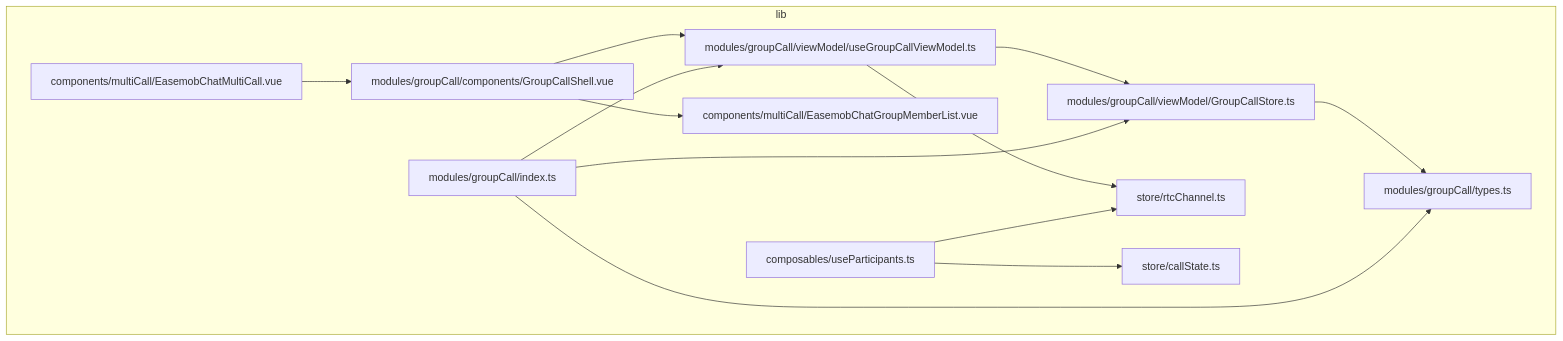
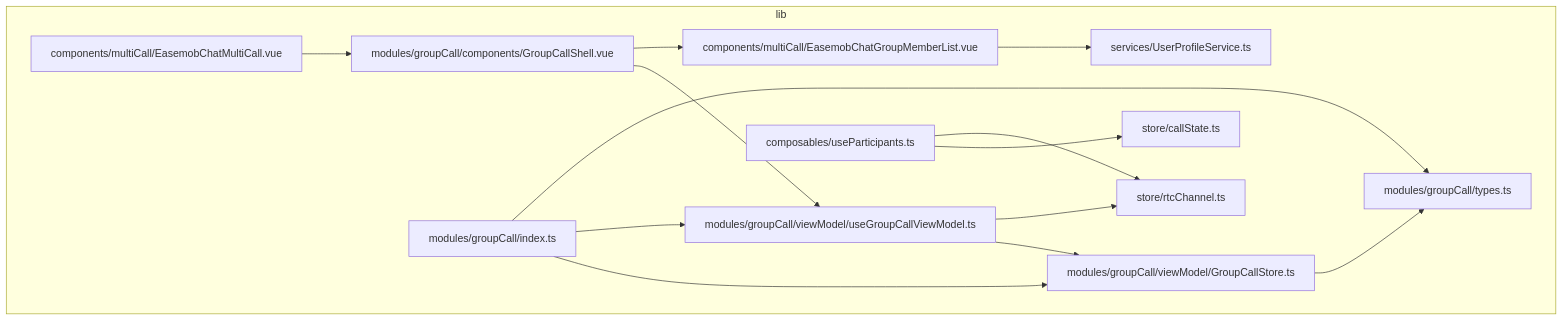
The first of 10 diagrams in .qoder/repowiki/zh/content/核心组件/群组通话组件/群组成员管理.md (Easemob-Community/easemob-uikit-callkit-vue3), drawn with Mermaid before and after one commit. The commit also changed other lines of this file and 12 other files, not shown here.

````diff
--- a/.qoder/repowiki/zh/content/核心组件/群组通话组件/群组成员管理.md
+++ b/.qoder/repowiki/zh/content/核心组件/群组通话组件/群组成员管理.md
@@ -59,26 +67,28 @@
 ```mermaid
 graph TB
 subgraph "lib"
 A["modules/groupCall/viewModel/GroupCallStore.ts"]
 B["modules/groupCall/viewModel/useGroupCallViewModel.ts"]
 C["modules/groupCall/types.ts"]
 D["modules/groupCall/components/GroupCallShell.vue"]
 E["modules/groupCall/index.ts"]
 F["composables/useParticipants.ts"]
 G["store/callState.ts"]
 H["store/rtcChannel.ts"]
 I["components/multiCall/EasemobChatGroupMemberList.vue"]
 J["components/multiCall/EasemobChatMultiCall.vue"]
+K["services/UserProfileService.ts"]
 end
 A --> C
 B --> A
 B --> H
 D --> B
 D --> I
 E --> A
 E --> B
 E --> C
 F --> G
 F --> H
 J --> D
+I --> K
 ```
````
